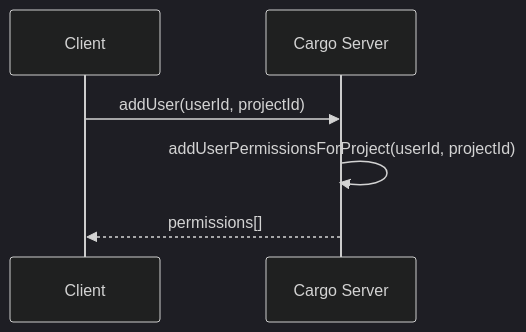
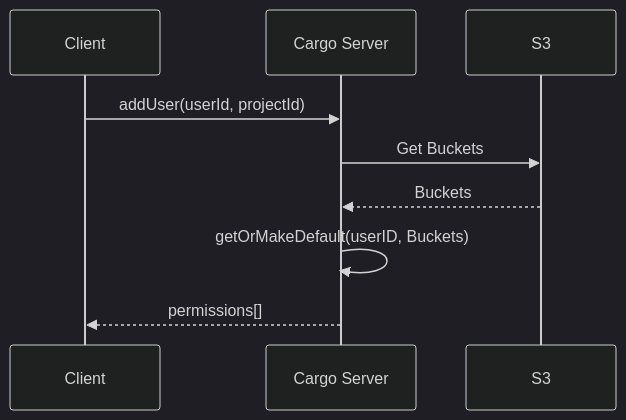
One commit to hicsail/object-storage-service changed the second of 4 diagrams in packages/server/README.md. Above: the diagram before and after it, drawn with Mermaid (dark theme). The commit also changed other lines of this file, not shown here.

Commit message:
Update server README

````diff
--- a/packages/server/README.md
+++ b/packages/server/README.md
@@ -41,6 +37,8 @@
 ```mermaid
 sequenceDiagram
 Client ->> Cargo Server: addUser(userId, projectId)
-Cargo Server ->> Cargo Server: addUserPermissionsForProject(userId, projectId)
+Cargo Server ->> S3: Get Buckets
+S3 -->> Cargo Server: Buckets
+Cargo Server ->> Cargo Server: getOrMakeDefault(userID, Buckets)
 Cargo Server -->> Client: permissions[]
 ```
````
